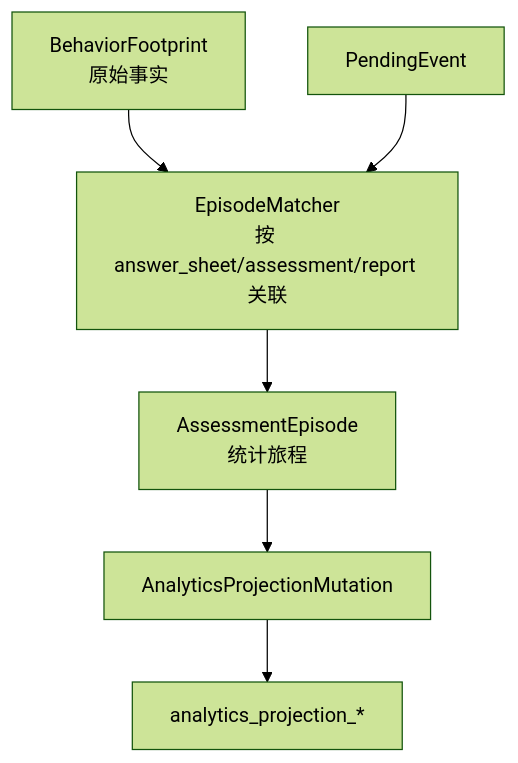
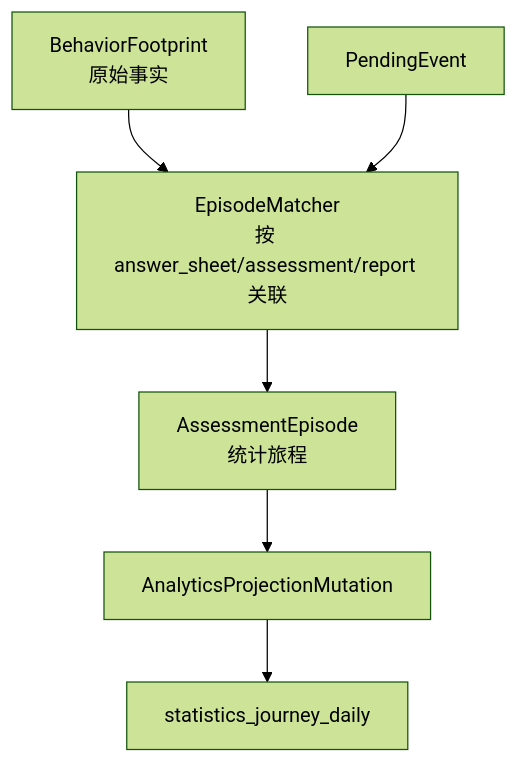
Before and after one commit to FangcunMount/qs-server: the second of 3 diagrams in docs/05-专题分析/behavior-projection/03-assessment_episode边界.md, drawn with Mermaid (forest theme). The commit also changed 28 other files, not shown here.

````diff
--- a/docs/05-专题分析/behavior-projection/03-assessment_episode边界.md
+++ b/docs/05-专题分析/behavior-projection/03-assessment_episode边界.md
@@ -56,8 +56,8 @@
 ```mermaid
 flowchart TB
     footprint["BehaviorFootprint\n原始事实"] --> matcher["EpisodeMatcher\n按 answer_sheet/assessment/report 关联"]
     matcher --> episode["AssessmentEpisode\n统计旅程"]
     episode --> mutation["AnalyticsProjectionMutation"]
-    mutation --> projection["analytics_projection_*"]
+    mutation --> projection["statistics_journey_daily"]
     pending["PendingEvent"] --> matcher
 ```
````
